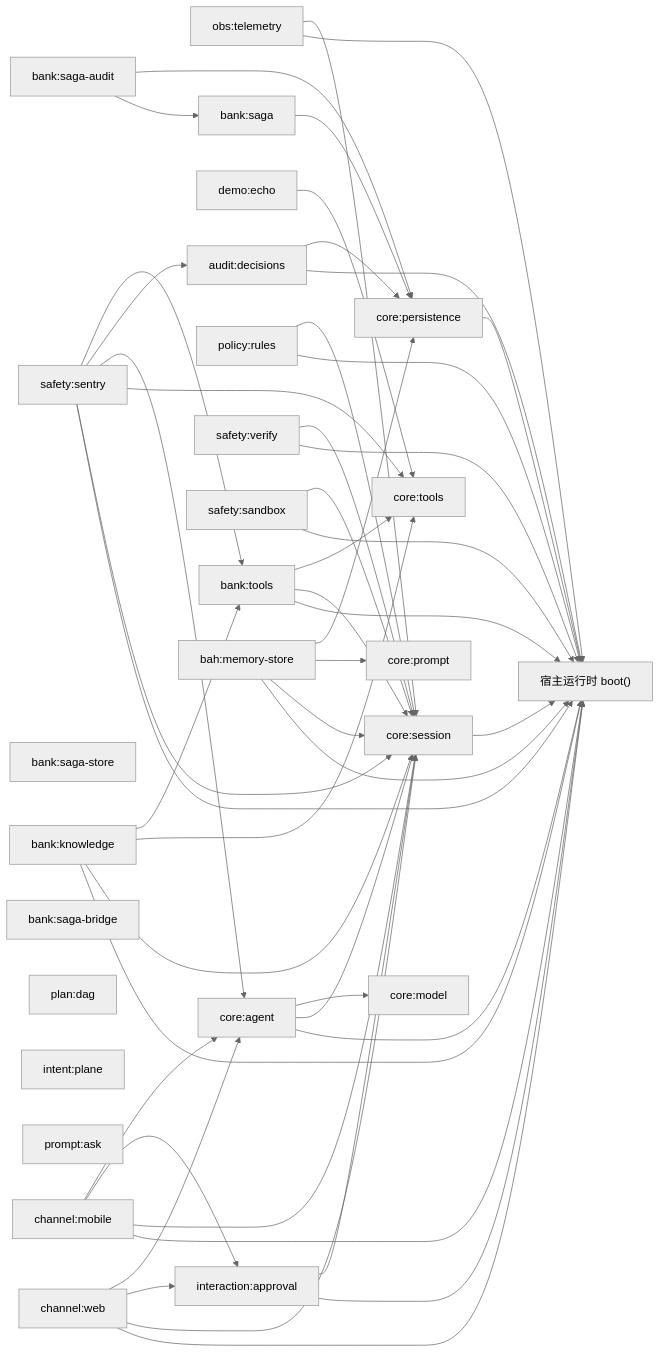
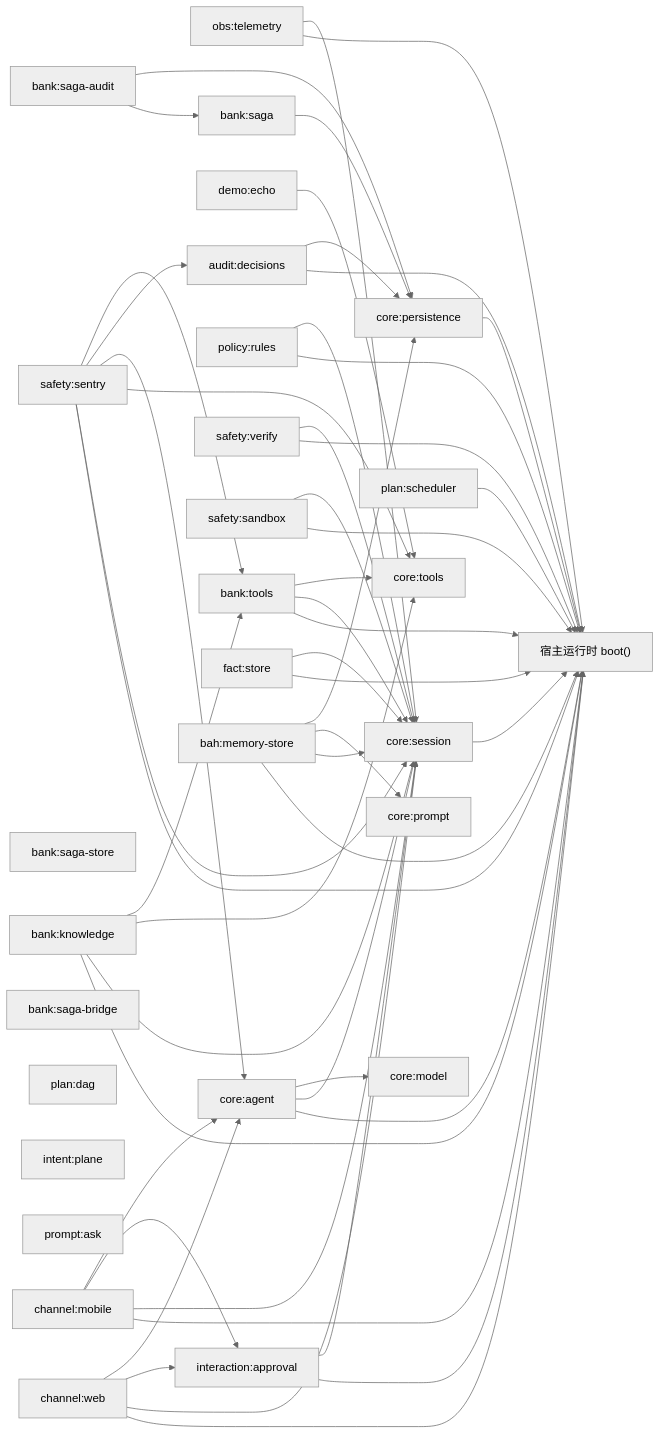
Before and after one commit to YYYPROBEE/BAH: the first of 2 diagrams in docs/architecture.md, drawn with Mermaid (neutral theme). The commit also changed other lines of this file and 93 other files, not shown here.

````diff
--- a/docs/architecture.md
+++ b/docs/architecture.md
@@ -76,75 +76,80 @@
 ```mermaid
 graph LR
   p0["core:session"]
   p1["obs:telemetry"]
   p2["core:tools"]
   p3["core:prompt"]
   p4["core:model"]
   p5["core:agent"]
   p6["core:persistence"]
   p7["audit:decisions"]
   p8["demo:echo"]
   p9["bank:tools"]
   p10["policy:rules"]
   p11["bank:knowledge"]
   p12["interaction:approval"]
   p13["safety:sentry"]
   p14["safety:verify"]
   p15["safety:sandbox"]
   p16["bank:saga-store"]
   p17["bank:saga"]
   p18["bank:saga-audit"]
   p19["bank:saga-bridge"]
   p20["plan:dag"]
-  p21["bah:memory-store"]
-  p22["intent:plane"]
-  p23["prompt:ask"]
-  p24["channel:web"]
-  p25["channel:mobile"]
+  p21["plan:scheduler"]
+  p22["fact:store"]
+  p23["bah:memory-store"]
+  p24["intent:plane"]
+  p25["prompt:ask"]
+  p26["channel:web"]
+  p27["channel:mobile"]
   p0 --> host["宿主运行时 boot()"]
   p1 --> host["宿主运行时 boot()"]
   p1 --> p0
   p10 --> host["宿主运行时 boot()"]
   p10 --> p0
   p11 --> host["宿主运行时 boot()"]
   p11 --> p0
   p11 --> p2
   p11 --> p9
   p12 --> host["宿主运行时 boot()"]
   p12 --> p0
   p13 --> host["宿主运行时 boot()"]
   p13 --> p0
   p13 --> p2
   p13 --> p5
   p13 --> p7
   p13 --> p9
   p14 --> host["宿主运行时 boot()"]
   p14 --> p0
   p15 --> host["宿主运行时 boot()"]
   p15 --> p0
   p17 --> p6
   p18 --> p17
   p18 --> p6
   p21 --> host["宿主运行时 boot()"]
-  p21 --> p0
-  p21 --> p3
-  p21 --> p6
-  p24 --> host["宿主运行时 boot()"]
-  p24 --> p0
-  p24 --> p12
-  p24 --> p5
-  p25 --> host["宿主运行时 boot()"]
-  p25 --> p0
-  p25 --> p12
-  p25 --> p5
+  p22 --> host["宿主运行时 boot()"]
+  p22 --> p0
+  p23 --> host["宿主运行时 boot()"]
+  p23 --> p0
+  p23 --> p3
+  p23 --> p6
+  p26 --> host["宿主运行时 boot()"]
+  p26 --> p0
+  p26 --> p12
+  p26 --> p5
+  p27 --> host["宿主运行时 boot()"]
+  p27 --> p0
+  p27 --> p12
+  p27 --> p5
   p5 --> host["宿主运行时 boot()"]
   p5 --> p0
   p5 --> p4
   p6 --> host["宿主运行时 boot()"]
   p7 --> host["宿主运行时 boot()"]
   p7 --> p6
   p8 --> p2
   p9 --> host["宿主运行时 boot()"]
   p9 --> p0
   p9 --> p2
 ```
````
